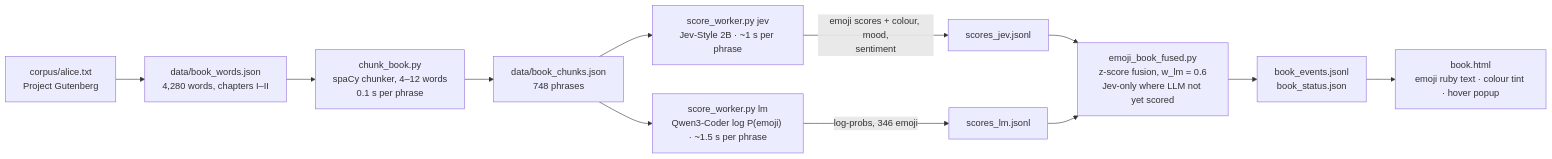
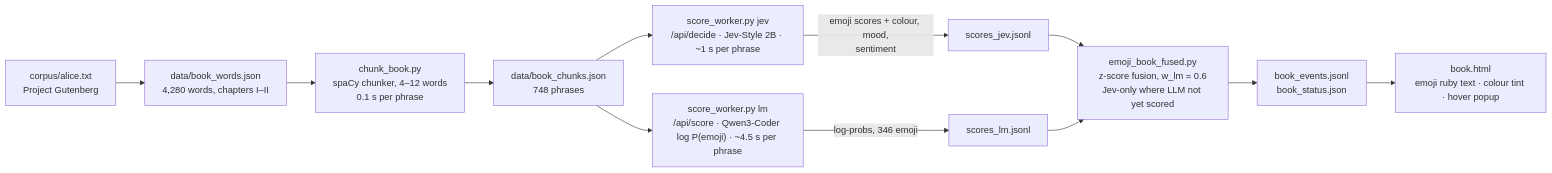
Before and after one commit to retronym/mlx-lm-setup: the second of 4 diagrams in README.md, drawn with Mermaid. The commit also changed other lines of this file and 3 other files, not shown here.

Commit message:
Docs: README for the current system (architecture, pipelines as gateway clients, MCP tools, files), PLAN phase 7 findings and future work

````diff
--- a/README.md
+++ b/README.md
@@ -80,14 +65,14 @@
 ```mermaid
 flowchart LR
   TXT["corpus/alice.txt<br/>Project Gutenberg"] --> WORDS["data/book_words.json<br/>4,280 words, chapters I–II"]
   WORDS --> CH["chunk_book.py<br/>spaCy chunker, 4–12 words<br/>0.1 s per phrase"]
   CH --> CHUNKS["data/book_chunks.json<br/>748 phrases"]
-  CHUNKS --> JW["score_worker.py jev<br/>Jev-Style 2B · ~1 s per phrase"]
-  CHUNKS --> LW["score_worker.py lm<br/>Qwen3-Coder log P(emoji) · ~1.5 s per phrase"]
+  CHUNKS --> JW["score_worker.py jev<br/>/api/decide · Jev-Style 2B · ~1 s per phrase"]
+  CHUNKS --> LW["score_worker.py lm<br/>/api/score · Qwen3-Coder log P(emoji) · ~4.5 s per phrase"]
   JW -- "emoji scores + colour, mood,<br/>sentiment" --> SJ["scores_jev.jsonl"]
   LW -- "log-probs, 346 emoji" --> SL["scores_lm.jsonl"]
   SJ --> FU["emoji_book_fused.py<br/>z-score fusion, w_lm = 0.6<br/>Jev-only where LLM not yet scored"]
   SL --> FU
   FU --> EV["book_events.jsonl<br/>book_status.json"]
   EV --> PG["book.html<br/>emoji ruby text · colour tint · hover popup"]
 ```
````
